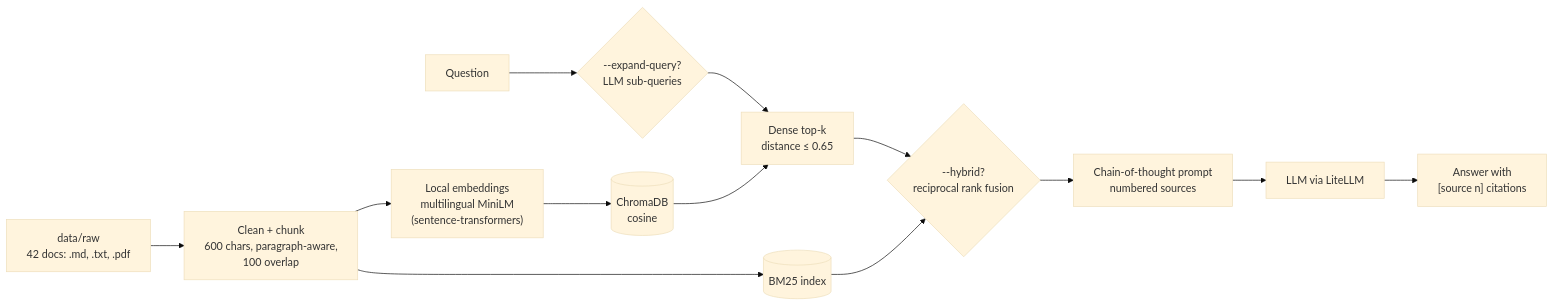
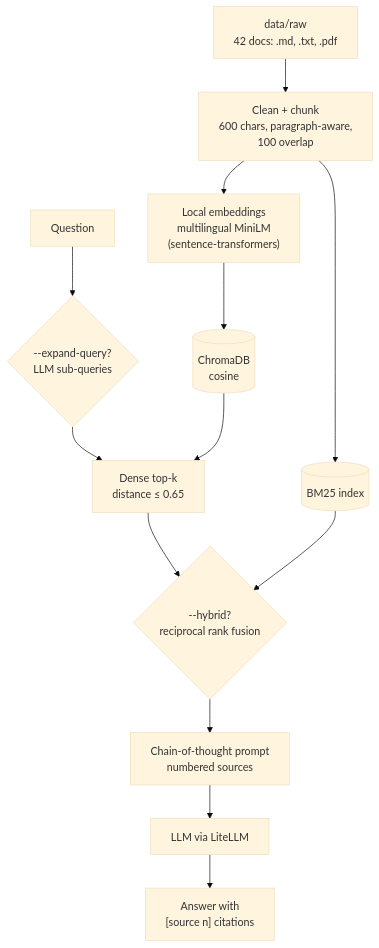
One commit to DancinAndrew/CypherOG changed the diagram in README.md. Above: the diagram before and after it, drawn with Mermaid (base theme).

Commit message:
README: draw the long pipeline diagram top-down so it stays readable

````diff
--- a/README.md
+++ b/README.md
@@ -17,15 +17,15 @@
 ```mermaid
-flowchart LR
+flowchart TD
     R["data/raw<br/>42 docs: .md, .txt, .pdf"] --> C["Clean + chunk<br/>600 chars, paragraph-aware,<br/>100 overlap"]
     C --> E["Local embeddings<br/>multilingual MiniLM<br/>(sentence-transformers)"]
     E --> V[("ChromaDB<br/>cosine")]
     C --> B[("BM25 index")]
     Q["Question"] --> X{"--expand-query?<br/>LLM sub-queries"}
     X --> D["Dense top-k<br/>distance ≤ 0.65"]
     V --> D
     D --> F{"--hybrid?<br/>reciprocal rank fusion"}
     B --> F
     F --> P["Chain-of-thought prompt<br/>numbered sources"]
     P --> L["LLM via LiteLLM"]
     L --> A["Answer with<br/>[source n] citations"]
 ```
````
